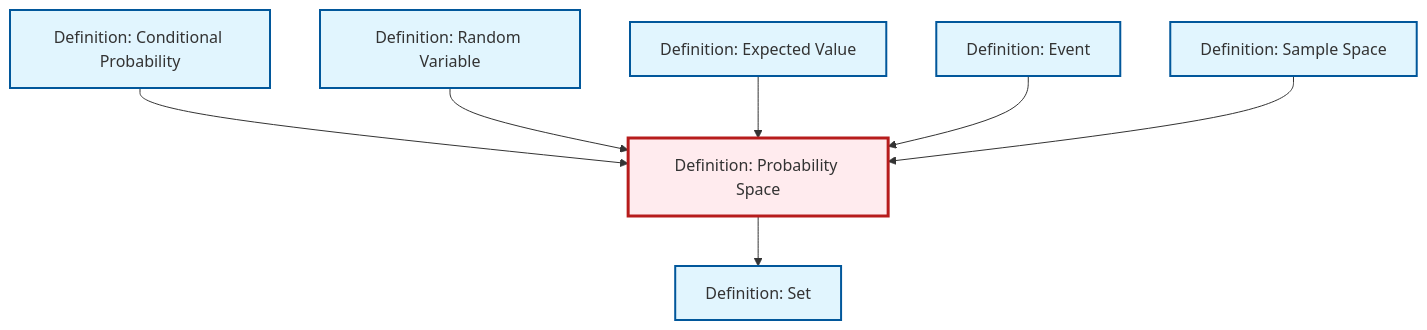
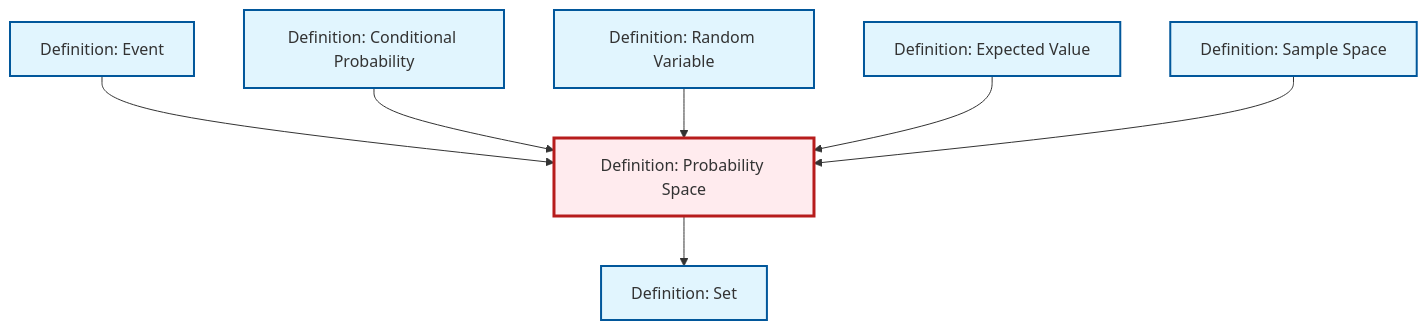
Before and after one commit to RK0429/ModernMath: the diagram in output/mermaid/def-probability-space.mermaid, drawn with Mermaid. The commit also changed other lines of this file and 1120 other files, not shown here.

````diff
--- a/output/mermaid/def-probability-space.mermaid
+++ b/output/mermaid/def-probability-space.mermaid
@@ -1,23 +1,23 @@
 ```{mermaid}
 %%| fig-cap: "Local dependency graph"
 graph TD
     classDef definition fill:#e1f5fe,stroke:#01579b,stroke-width:2px
     classDef theorem fill:#f3e5f5,stroke:#4a148c,stroke-width:2px
     classDef axiom fill:#fff3e0,stroke:#e65100,stroke-width:2px
     classDef example fill:#e8f5e9,stroke:#1b5e20,stroke-width:2px
     classDef current fill:#ffebee,stroke:#b71c1c,stroke-width:3px
+    def-probability-space["Definition: Probability Space"]:::definition
+    def-expectation["Definition: Expected Value"]:::definition
     def-event["Definition: Event"]:::definition
+    def-set["Definition: Set"]:::definition
     def-conditional-probability["Definition: Conditional Probability"]:::definition
     def-random-variable["Definition: Random Variable"]:::definition
-    def-expectation["Definition: Expected Value"]:::definition
-    def-probability-space["Definition: Probability Space"]:::definition
-    def-set["Definition: Set"]:::definition
     def-sample-space["Definition: Sample Space"]:::definition
+    def-event --> def-probability-space
+    def-probability-space --> def-set
     def-conditional-probability --> def-probability-space
     def-random-variable --> def-probability-space
     def-expectation --> def-probability-space
-    def-probability-space --> def-set
-    def-event --> def-probability-space
     def-sample-space --> def-probability-space
     class def-probability-space current
 ```
````
